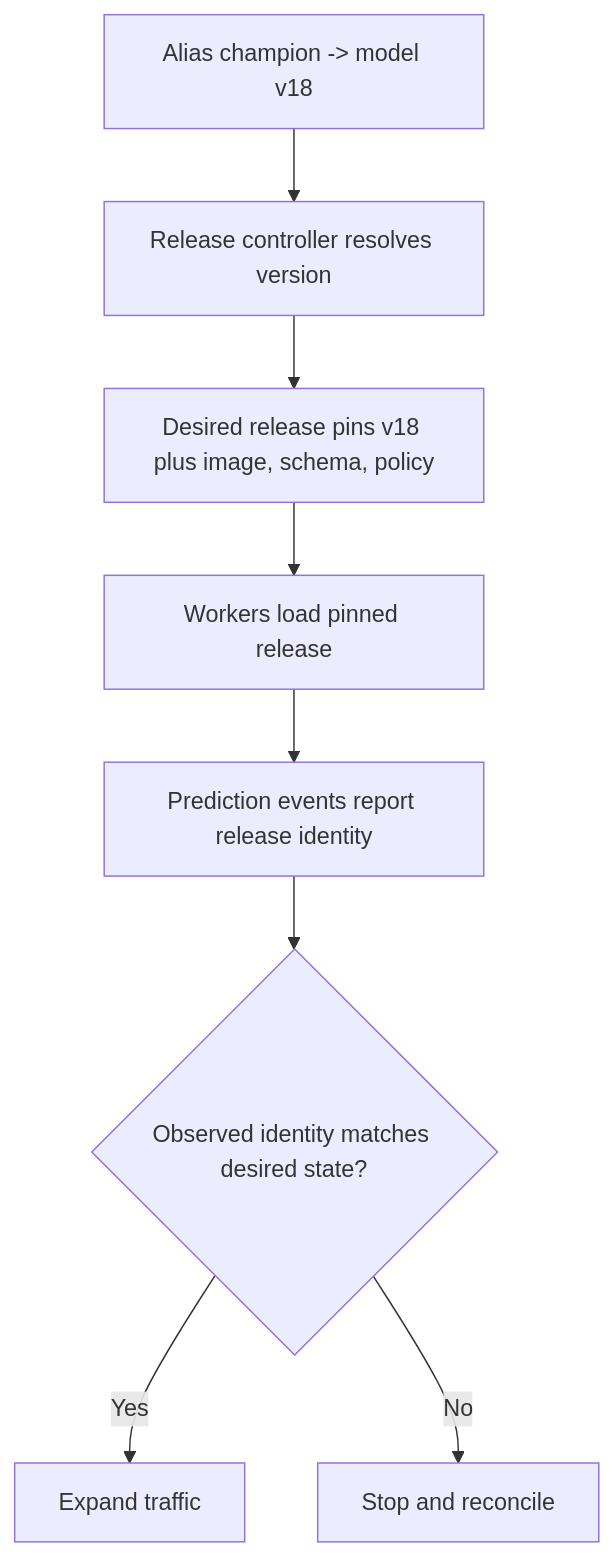
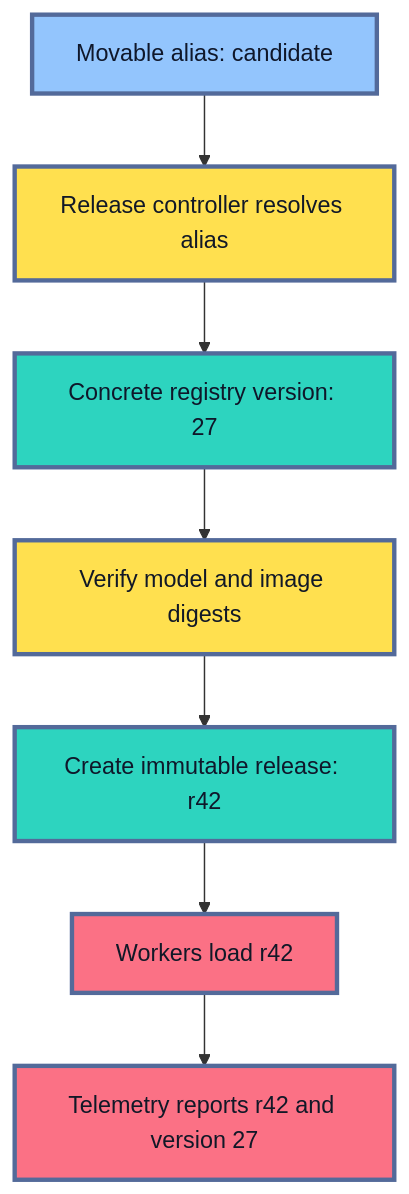
The third of 4 diagrams in roadmaps/mlops/modules/deployment-and-release-management/model-release-basics/02-model-versioning-in-production.md (senlinyy/dev-roadmaps), drawn with Mermaid before and after one commit. The commit also changed other lines of this file and 198 other files, not shown here.

````diff
--- a/roadmaps/mlops/modules/deployment-and-release-management/model-release-basics/02-model-versioning-in-production.md
+++ b/roadmaps/mlops/modules/deployment-and-release-management/model-release-basics/02-model-versioning-in-production.md
@@ -99,10 +301,18 @@
 ```mermaid
 flowchart TD
-    A["Alias champion -> model v18"] --> L["Release controller resolves version"]
-    L --> D["Desired release pins v18 plus image, schema, policy"]
-    D --> W["Workers load pinned release"]
-    W --> T["Prediction events report release identity"]
-    T --> V{"Observed identity matches desired state?"}
-    V -- "Yes" --> X["Expand traffic"]
-    V -- "No" --> S["Stop and reconcile"]
+    A["Movable alias: candidate"] --> B["Release controller resolves alias"]
+    B --> C["Concrete registry version: 27"]
+    C --> D["Verify model and image digests"]
+    D --> E["Create immutable release: r42"]
+    E --> F["Workers load r42"]
+    F --> G["Telemetry reports r42 and version 27"]
+
+    classDef pointer fill:#93C5FD,stroke:#536A9A,stroke-width:3px,color:#0F172A
+    classDef control fill:#FFE04F,stroke:#536A9A,stroke-width:3px,color:#111827
+    classDef immutable fill:#2DD4BF,stroke:#536A9A,stroke-width:3px,color:#0F172A
+    classDef runtime fill:#FB7185,stroke:#536A9A,stroke-width:3px,color:#111827
+    class A pointer
+    class B,D control
+    class C,E immutable
+    class F,G runtime
 ```
````
